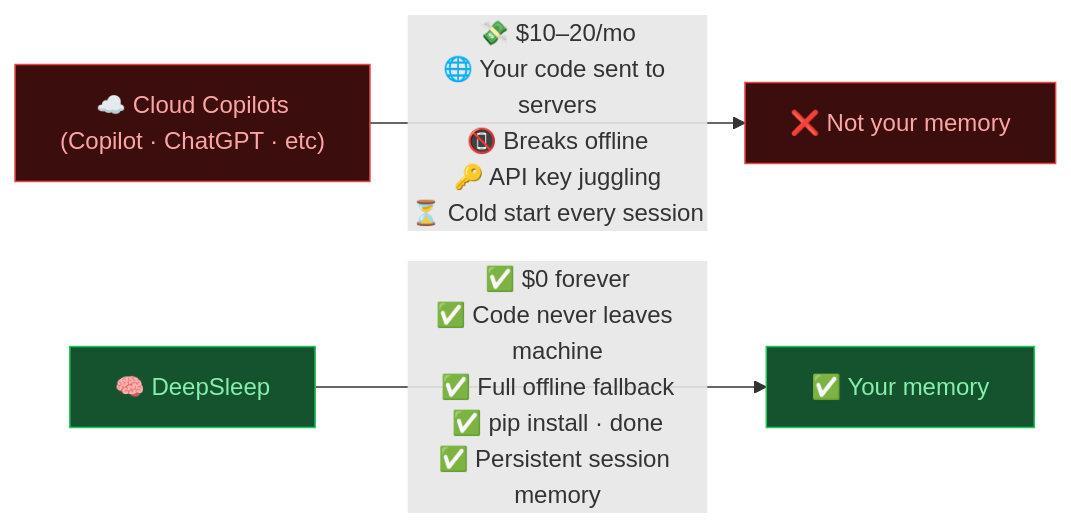
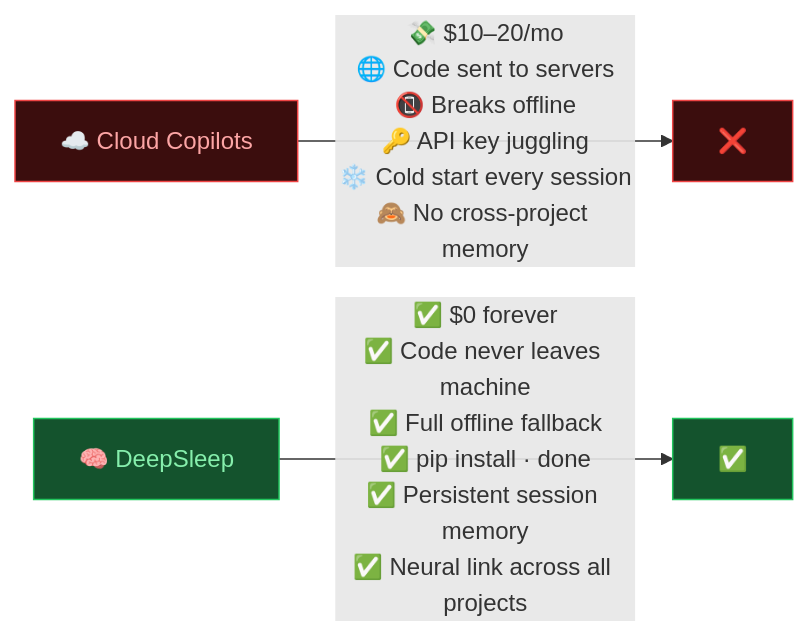
One commit to Keshavsharma-code/DeepSleep-beta changed the eighth of 9 diagrams in README.md. Above: the diagram before and after it, drawn with Mermaid. The commit also changed other lines of this file and 8 other files, not shown here.

````diff
--- a/README.md
+++ b/README.md
@@ -385,10 +279,10 @@
 ```mermaid
 graph LR
-    A["☁️ Cloud Copilots\n(Copilot · ChatGPT · etc)"] -->|"💸 $10–20/mo\n🌐 Your code sent to servers\n📵 Breaks offline\n🔑 API key juggling\n⏳ Cold start every session"| X["❌ Not your memory"]
-    B["🧠 DeepSleep"] -->|"✅ $0 forever\n✅ Code never leaves machine\n✅ Full offline fallback\n✅ pip install · done\n✅ Persistent session memory"| Y["✅ Your memory"]
+    A["☁️ Cloud Copilots"] -->|"💸 $10–20/mo\n🌐 Code sent to servers\n📵 Breaks offline\n🔑 API key juggling\n❄️ Cold start every session\n🙈 No cross-project memory"| X["❌"]
+    B["🧠 DeepSleep"] -->|"✅ $0 forever\n✅ Code never leaves machine\n✅ Full offline fallback\n✅ pip install · done\n✅ Persistent session memory\n✅ Neural link across all projects"| Y["✅"]
 
     style A fill:#3b0d0d,color:#fca5a5,stroke:#ef4444
     style B fill:#14532d,color:#86efac,stroke:#22c55e
     style X fill:#3b0d0d,color:#fca5a5,stroke:#ef4444
     style Y fill:#14532d,color:#86efac,stroke:#22c55e
 ```
````
